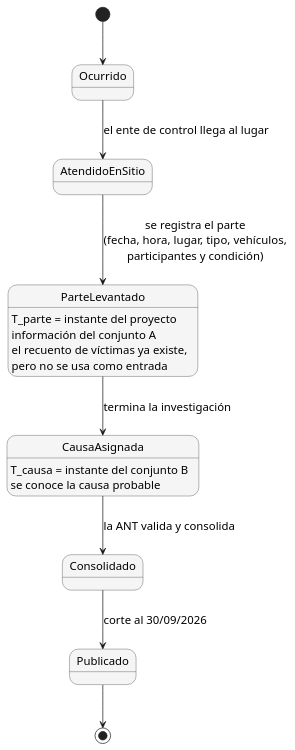
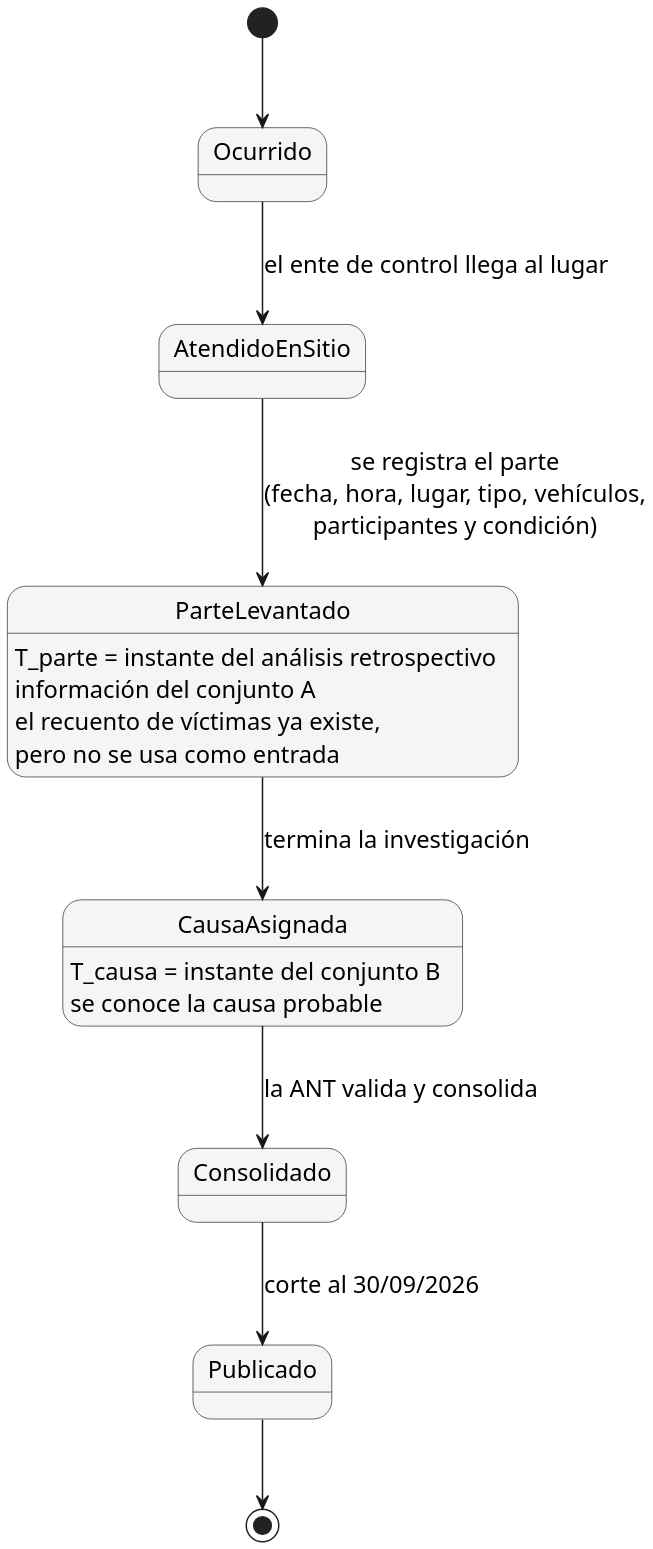
Before and after one commit to davexat/AI-midterm-project: the diagram in tarea3/uml/M4_estados.puml, drawn with PlantUML. The commit also changed 30 other files, not shown here.

```diff
--- a/tarea3/uml/M4_estados.puml
+++ b/tarea3/uml/M4_estados.puml
@@ -1,27 +1,28 @@
 @startuml M4_estados
 ' Figura 4: ciclo de vida del registro y qué información existe en cada estado.
+skinparam dpi 200
 skinparam defaultFontSize 16
 skinparam shadowing false
 skinparam state {
   BackgroundColor #F5F5F5
   BorderColor #333333
 }
 
 [*] --> Ocurrido
 Ocurrido --> AtendidoEnSitio : el ente de control llega al lugar
 AtendidoEnSitio --> ParteLevantado : se registra el parte\n(fecha, hora, lugar, tipo, vehículos,\nparticipantes y condición)
 ParteLevantado --> CausaAsignada : termina la investigación
 CausaAsignada --> Consolidado : la ANT valida y consolida
 Consolidado --> Publicado : corte al 30/09/2026
 Publicado --> [*]
 
 state ParteLevantado {
-  ParteLevantado : T_parte = instante del proyecto
+  ParteLevantado : T_parte = instante del análisis retrospectivo
   ParteLevantado : información del conjunto A
   ParteLevantado : el recuento de víctimas ya existe,\npero no se usa como entrada
 }
 state CausaAsignada {
   CausaAsignada : T_causa = instante del conjunto B
   CausaAsignada : se conoce la causa probable
 }
 @enduml
```
